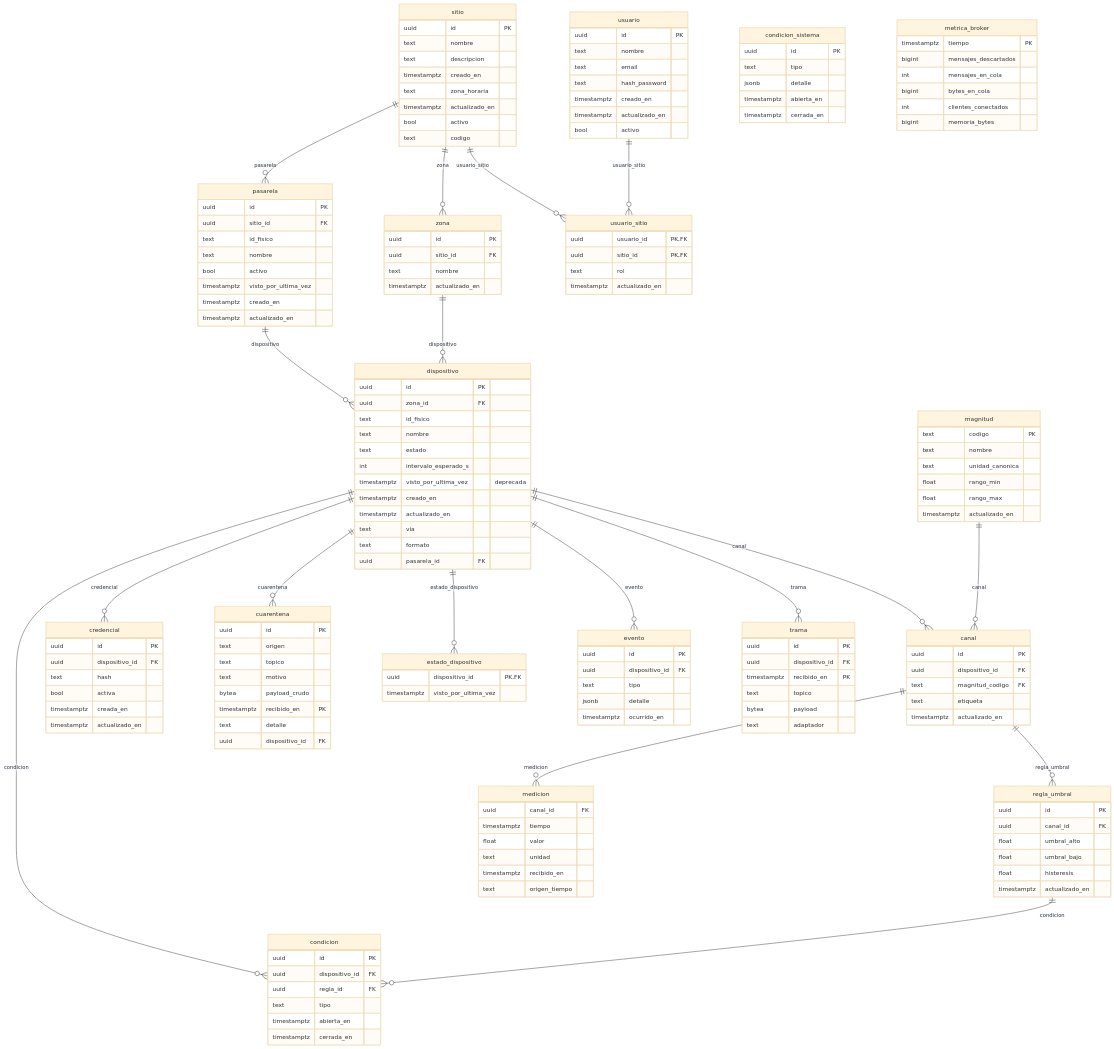
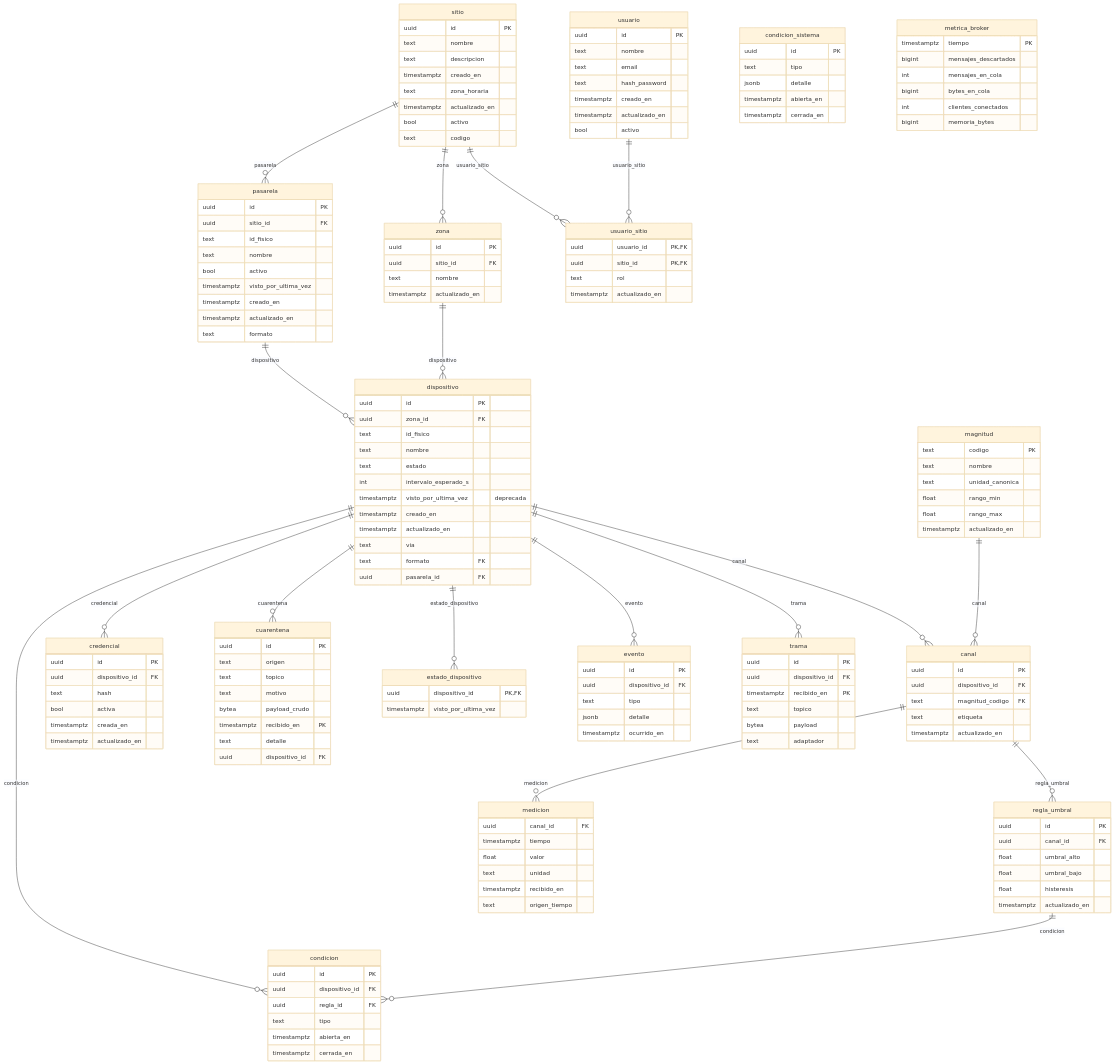
The diagram in informe-oficial/figuras/mermaid/modelo-datos.mmd (vicenterami/tesis), drawn with Mermaid (base theme) before and after one commit. The commit also changed 23 other files, not shown here.

```diff
--- a/informe-oficial/figuras/mermaid/modelo-datos.mmd
+++ b/informe-oficial/figuras/mermaid/modelo-datos.mmd
@@ -1,164 +1,165 @@
 erDiagram
     dispositivo ||--o{ canal : canal
     magnitud ||--o{ canal : canal
     dispositivo ||--o{ condicion : condicion
     regla_umbral ||--o{ condicion : condicion
     dispositivo ||--o{ credencial : credencial
     dispositivo ||--o{ cuarentena : cuarentena
     pasarela ||--o{ dispositivo : dispositivo
     zona ||--o{ dispositivo : dispositivo
     dispositivo ||--o{ estado_dispositivo : estado_dispositivo
     dispositivo ||--o{ evento : evento
     canal ||--o{ medicion : medicion
     sitio ||--o{ pasarela : pasarela
     canal ||--o{ regla_umbral : regla_umbral
     dispositivo ||--o{ trama : trama
     sitio ||--o{ usuario_sitio : usuario_sitio
     usuario ||--o{ usuario_sitio : usuario_sitio
     sitio ||--o{ zona : zona
     canal {
         uuid id PK
         uuid dispositivo_id FK
         text magnitud_codigo FK
         text etiqueta
         timestamptz actualizado_en
     }
     condicion {
         uuid id PK
         uuid dispositivo_id FK
         uuid regla_id FK
         text tipo
         timestamptz abierta_en
         timestamptz cerrada_en
     }
     condicion_sistema {
         uuid id PK
         text tipo
         jsonb detalle
         timestamptz abierta_en
         timestamptz cerrada_en
     }
     credencial {
         uuid id PK
         uuid dispositivo_id FK
         text hash
         bool activa
         timestamptz creada_en
         timestamptz actualizado_en
     }
     cuarentena {
         uuid id PK
         text origen
         text topico
         text motivo
         bytea payload_crudo
         timestamptz recibido_en PK
         text detalle
         uuid dispositivo_id FK
     }
     dispositivo {
         uuid id PK
         uuid zona_id FK
         text id_fisico
         text nombre
         text estado
         int intervalo_esperado_s
         timestamptz visto_por_ultima_vez "deprecada"
         timestamptz creado_en
         timestamptz actualizado_en
         text via
-        text formato
+        text formato FK
         uuid pasarela_id FK
     }
     estado_dispositivo {
         uuid dispositivo_id PK,FK
         timestamptz visto_por_ultima_vez
     }
     evento {
         uuid id PK
         uuid dispositivo_id FK
         text tipo
         jsonb detalle
         timestamptz ocurrido_en
     }
     magnitud {
         text codigo PK
         text nombre
         text unidad_canonica
         float rango_min
         float rango_max
         timestamptz actualizado_en
     }
     medicion {
         uuid canal_id FK
         timestamptz tiempo
         float valor
         text unidad
         timestamptz recibido_en
         text origen_tiempo
     }
     metrica_broker {
         timestamptz tiempo PK
         bigint mensajes_descartados
         int mensajes_en_cola
         bigint bytes_en_cola
         int clientes_conectados
         bigint memoria_bytes
     }
     pasarela {
         uuid id PK
         uuid sitio_id FK
         text id_fisico
         text nombre
         bool activo
         timestamptz visto_por_ultima_vez
         timestamptz creado_en
         timestamptz actualizado_en
+        text formato
     }
     regla_umbral {
         uuid id PK
         uuid canal_id FK
         float umbral_alto
         float umbral_bajo
         float histeresis
         timestamptz actualizado_en
     }
     sitio {
         uuid id PK
         text nombre
         text descripcion
         timestamptz creado_en
         text zona_horaria
         timestamptz actualizado_en
         bool activo
         text codigo
     }
     trama {
         uuid id PK
         uuid dispositivo_id FK
         timestamptz recibido_en PK
         text topico
         bytea payload
         text adaptador
     }
     usuario {
         uuid id PK
         text nombre
         text email
         text hash_password
         timestamptz creado_en
         timestamptz actualizado_en
         bool activo
     }
     usuario_sitio {
         uuid usuario_id PK,FK
         uuid sitio_id PK,FK
         text rol
         timestamptz actualizado_en
     }
     zona {
         uuid id PK
         uuid sitio_id FK
         text nombre
         timestamptz actualizado_en
     }
```
